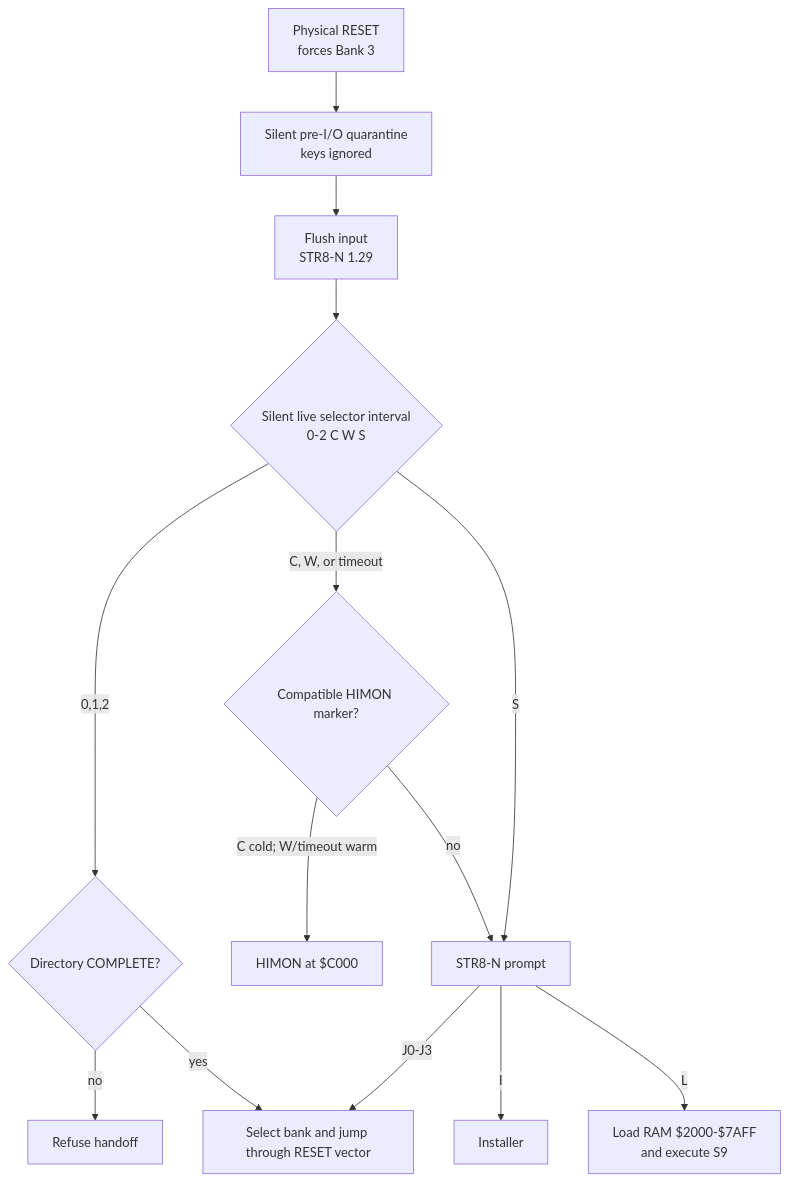
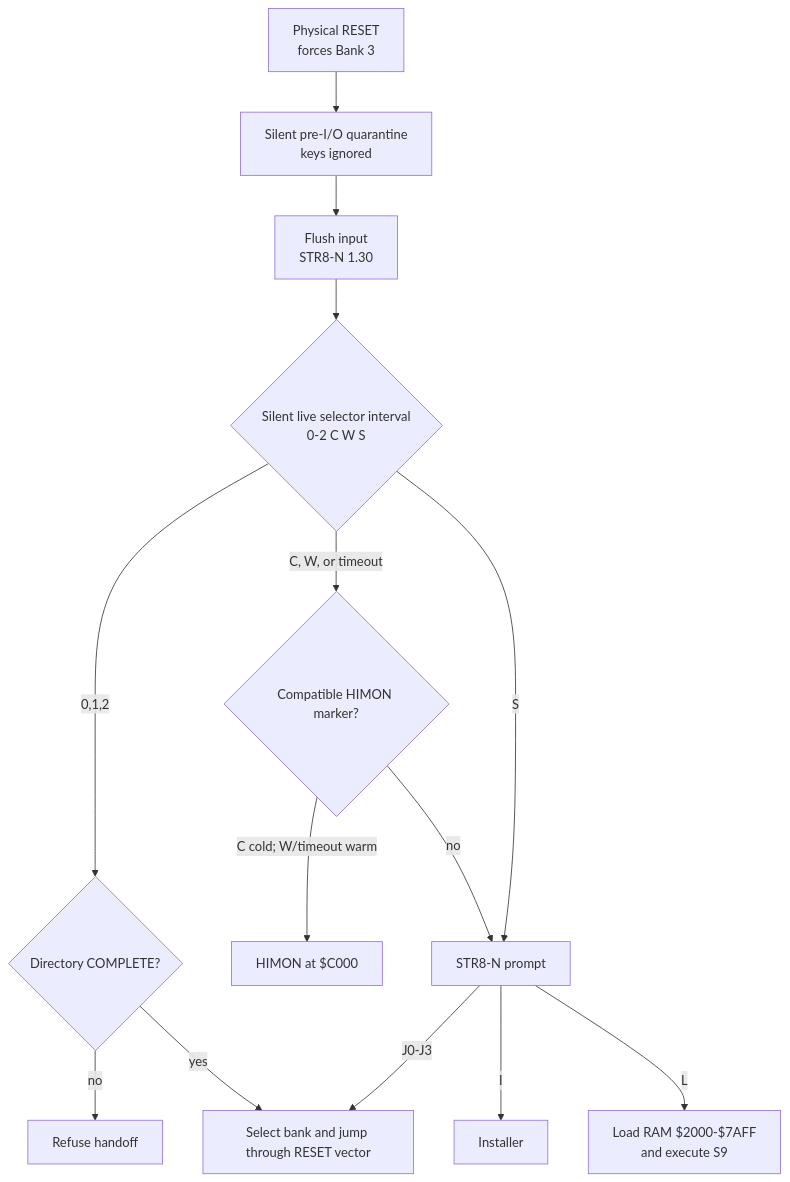
Before and after one commit to 95westus/STR8-N: the fourth of 14 diagrams in docs/MAPS.md, drawn with Mermaid. The commit also changed other lines of this file and 45 other files, not shown here.

````diff
--- a/docs/MAPS.md
+++ b/docs/MAPS.md
@@ -89,16 +89,16 @@
 ```mermaid
 flowchart TD
     R[Physical RESET<br/>forces Bank 3] --> A[Silent pre-I/O quarantine<br/>keys ignored]
-    A --> P[Flush input<br/>STR8-N 1.29]
+    A --> P[Flush input<br/>STR8-N 1.30]
     P --> Q{Silent live selector interval<br/>0-2 C W S}
     Q -->|0,1,2| C{Directory COMPLETE?}
     C -->|no| F[Refuse handoff]
     C -->|yes| J[Select bank and jump through RESET vector]
     Q -->|C, W, or timeout| M{Compatible HIMON marker?}
     M -->|C cold; W/timeout warm| H[HIMON at $C000]
     M -->|no| S[STR8-N prompt]
     Q -->|S| S
     S -->|J0-J3| J
     S -->|I| I[Installer]
     S -->|L| L[Load RAM $2000-$7AFF<br/>and execute S9]
 ```
````
